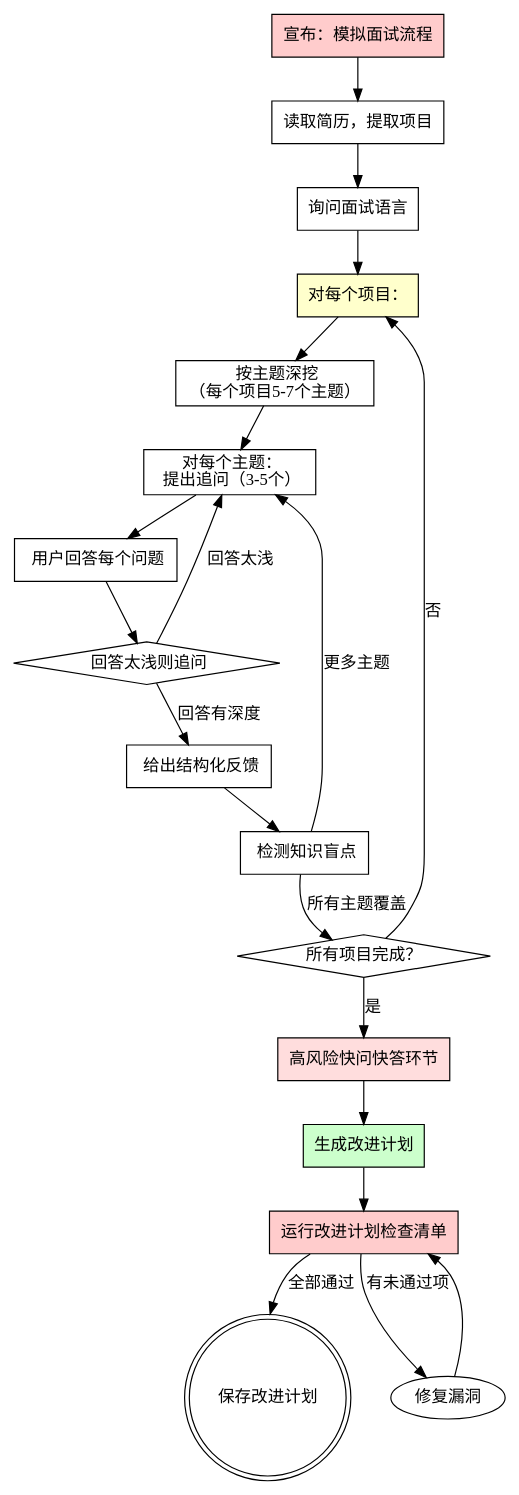
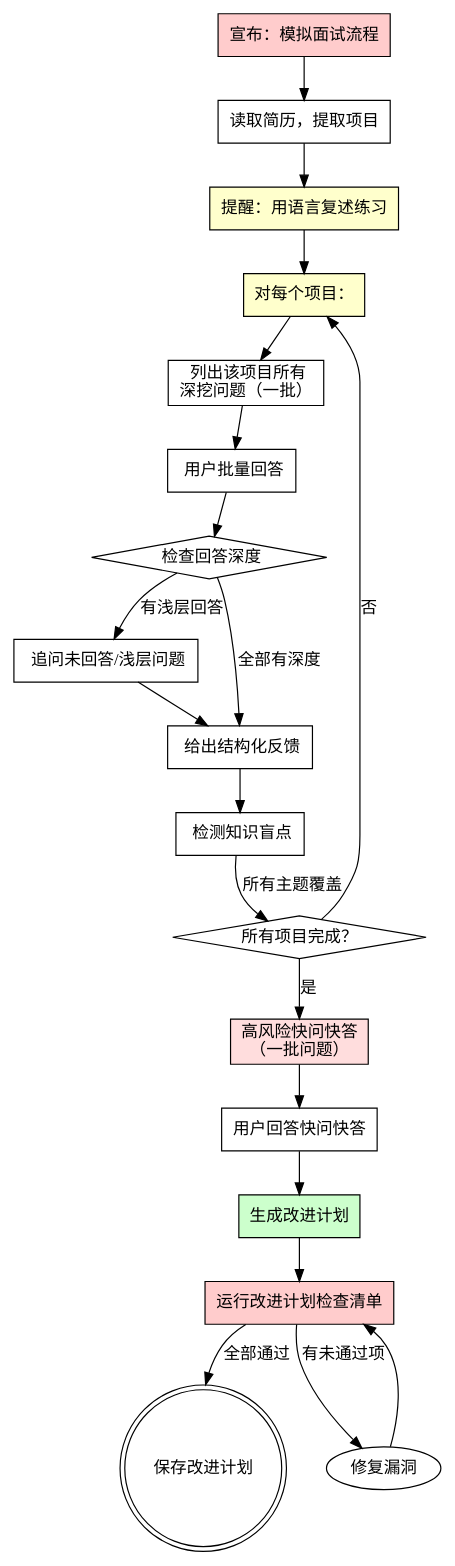
One commit to Wood-Q/Mokio-Interview-Skill changed the diagram in skills/mokio-interview-skill/mock-interview.md. Above: the diagram before and after it, drawn with Graphviz. The commit also changed other lines of this file and 1 other file, not shown here.

````diff
--- a/skills/mokio-interview-skill/mock-interview.md
+++ b/skills/mokio-interview-skill/mock-interview.md
@@ -31,40 +33,41 @@
 ```dot
 digraph mock_interview {
     rankdir=TB;
     "宣布：模拟面试流程" [shape=box, style=filled, fillcolor="#ffcccc"];
     "读取简历，提取项目" [shape=box];
-    "询问面试语言" [shape=box];
+    "提醒：用语言复述练习" [shape=box, style=filled, fillcolor="#ffffcc"];
     "对每个项目：" [shape=box, style=filled, fillcolor="#ffffcc"];
-    "  按主题深挖\n（每个项目5-7个主题）" [shape=box];
-    "  对每个主题：\n  提出追问（3-5个）" [shape=box];
-    "  用户回答每个问题" [shape=box];
-    "  回答太浅则追问" [shape=diamond];
+    "  列出该项目所有\n深挖问题（一批）" [shape=box];
+    "  用户批量回答" [shape=box];
+    "  检查回答深度" [shape=diamond];
+    "  追问未回答/浅层问题" [shape=box];
     "  给出结构化反馈" [shape=box];
     "  检测知识盲点" [shape=box];
     "所有项目完成？" [shape=diamond];
-    "高风险快问快答环节" [shape=box, style=filled, fillcolor="#ffdddd"];
+    "高风险快问快答\n（一批问题）" [shape=box, style=filled, fillcolor="#ffdddd"];
+    "用户回答快问快答" [shape=box];
     "生成改进计划" [shape=box, style=filled, fillcolor="#ccffcc"];
     "运行改进计划检查清单" [shape=box, style=filled, fillcolor="#ffcccc"];
     "保存改进计划" [shape=doublecircle];
 
     "宣布：模拟面试流程" -> "读取简历，提取项目";
-    "读取简历，提取项目" -> "询问面试语言";
-    "询问面试语言" -> "对每个项目：";
-    "对每个项目：" -> "  按主题深挖\n（每个项目5-7个主题）";
-    "  按主题深挖\n（每个项目5-7个主题）" -> "  对每个主题：\n  提出追问（3-5个）";
-    "  对每个主题：\n  提出追问（3-5个）" -> "  用户回答每个问题";
-    "  用户回答每个问题" -> "  回答太浅则追问";
-    "  回答太浅则追问" -> "  对每个主题：\n  提出追问（3-5个）" [label="回答太浅"];
-    "  回答太浅则追问" -> "  给出结构化反馈" [label="回答有深度"];
+    "读取简历，提取项目" -> "提醒：用语言复述练习";
+    "提醒：用语言复述练习" -> "对每个项目：";
+    "对每个项目：" -> "  列出该项目所有\n深挖问题（一批）";
+    "  列出该项目所有\n深挖问题（一批）" -> "  用户批量回答";
+    "  用户批量回答" -> "  检查回答深度";
+    "  检查回答深度" -> "  追问未回答/浅层问题" [label="有浅层回答"];
+    "  检查回答深度" -> "  给出结构化反馈" [label="全部有深度"];
+    "  追问未回答/浅层问题" -> "  给出结构化反馈";
     "  给出结构化反馈" -> "  检测知识盲点";
-    "  检测知识盲点" -> "  对每个主题：\n  提出追问（3-5个）" [label="更多主题"];
     "  检测知识盲点" -> "所有项目完成？" [label="所有主题覆盖"];
     "所有项目完成？" -> "对每个项目：" [label="否"];
-    "所有项目完成？" -> "高风险快问快答环节" [label="是"];
-    "高风险快问快答环节" -> "生成改进计划";
+    "所有项目完成？" -> "高风险快问快答\n（一批问题）" [label="是"];
+    "高风险快问快答\n（一批问题）" -> "用户回答快问快答";
+    "用户回答快问快答" -> "生成改进计划";
     "生成改进计划" -> "运行改进计划检查清单";
     "运行改进计划检查清单" -> "保存改进计划" [label="全部通过"];
     "运行改进计划检查清单" -> "修复漏洞" [label="有未通过项"];
     "修复漏洞" -> "运行改进计划检查清单";
 }
 ```
````
